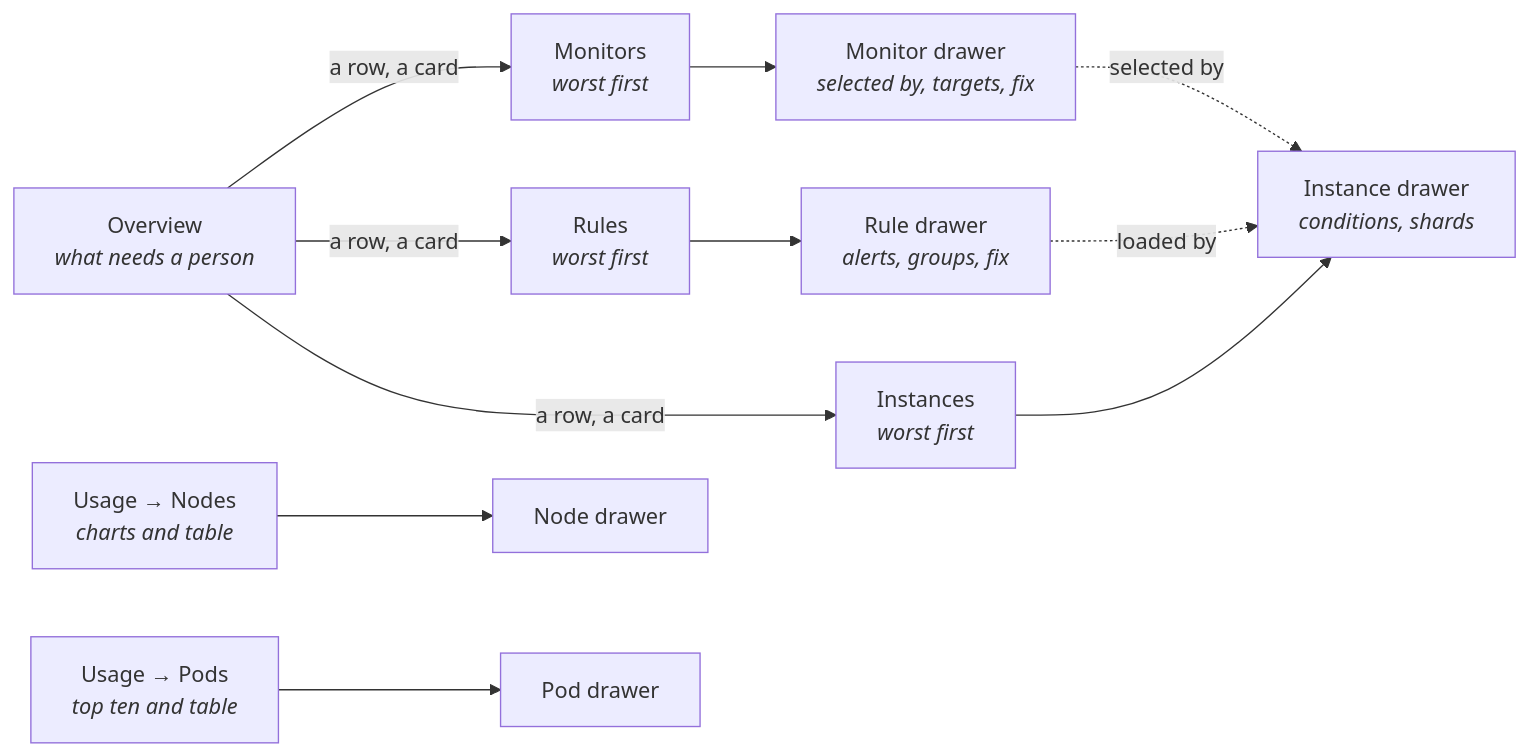
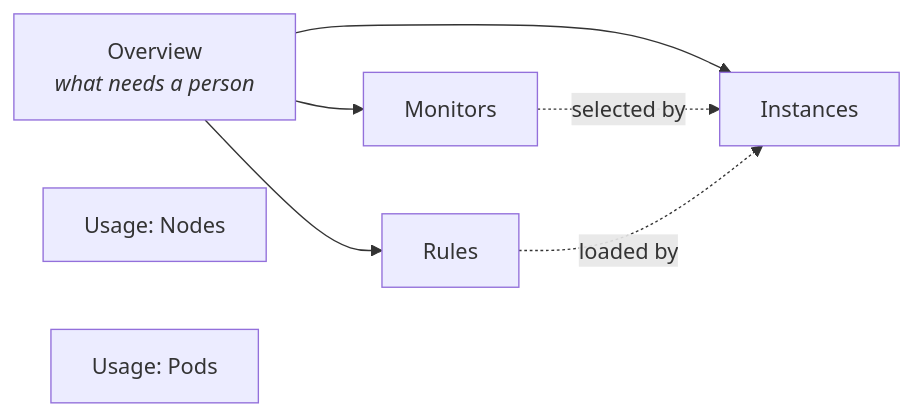
One commit to DiegoBulhoes/freelens-addons changed the first of 2 diagrams in docs/prometheus.md. Above: the diagram before and after it, drawn with Mermaid. The commit also changed other lines of this file and 9 other files, not shown here.

````diff
--- a/docs/prometheus.md
+++ b/docs/prometheus.md
@@ -26,23 +25,10 @@
 ```mermaid
 flowchart LR
-  O["Overview<br/><i>what needs a person</i>"]
-  M["Monitors<br/><i>worst first</i>"]
-  R["Rules<br/><i>worst first</i>"]
-  I["Instances<br/><i>worst first</i>"]
-  N["Usage → Nodes<br/><i>charts and table</i>"]
-  P["Usage → Pods<br/><i>top ten and table</i>"]
-  MD["Monitor drawer<br/><i>selected by, targets, fix</i>"]
-  RD["Rule drawer<br/><i>alerts, groups, fix</i>"]
-  ID["Instance drawer<br/><i>conditions, shards</i>"]
-
-  O -->|a row, a card| M
-  O -->|a row, a card| R
-  O -->|a row, a card| I
-  M --> MD
-  R --> RD
-  I --> ID
-  MD -.->|selected by| ID
-  RD -.->|loaded by| ID
-  N --> ND["Node drawer"]
-  P --> PD["Pod drawer"]
+  O["Overview<br/><i>what needs a person</i>"] --> M["Monitors"]
+  O --> R["Rules"]
+  O --> I["Instances"]
+  M -.->|selected by| I
+  R -.->|loaded by| I
+  N["Usage: Nodes"]
+  P["Usage: Pods"]
 ```
````
